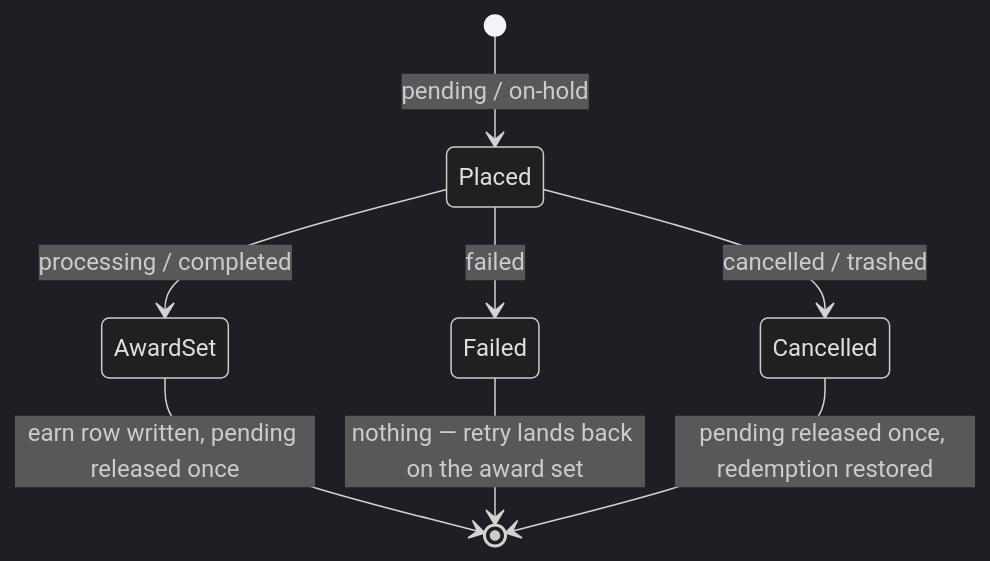
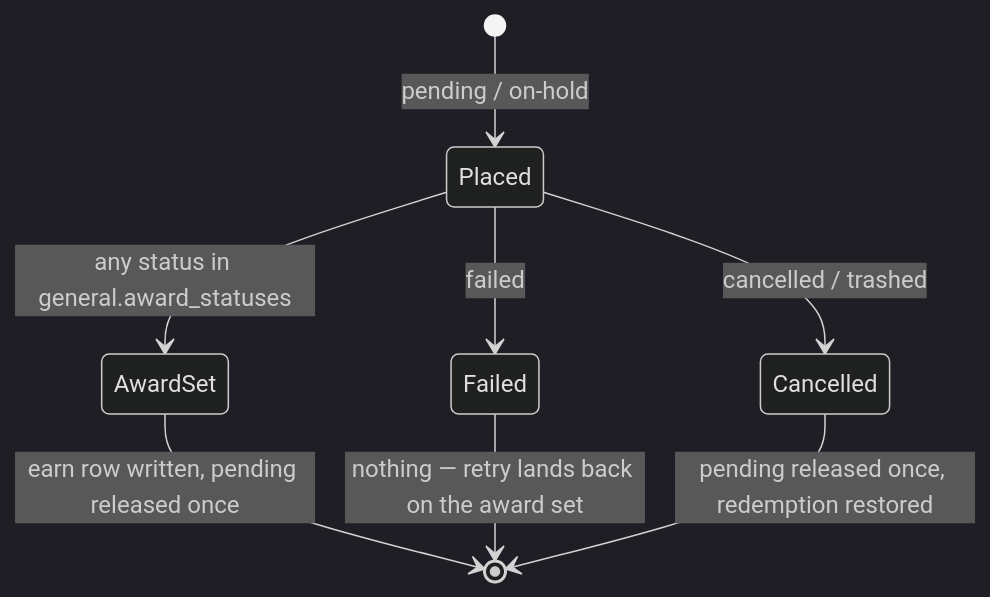
The second of 2 diagrams in docs/data-model/points-lifecycle.md (YayCommerce/YayLoyalty), drawn with Mermaid (dark theme) before and after one commit. The commit also changed other lines of this file and 1 other file, not shown here.

````diff
--- a/docs/data-model/points-lifecycle.md
+++ b/docs/data-model/points-lifecycle.md
@@ -164,11 +108,11 @@
 ```mermaid
 stateDiagram-v2
     [*] --> Placed: pending / on-hold
-    Placed --> AwardSet: processing / completed
+    Placed --> AwardSet: any status in general.award_statuses
     Placed --> Failed: failed
     Placed --> Cancelled: cancelled / trashed
 
     AwardSet --> [*]: earn row written, pending released once
     Failed --> [*]: nothing — retry lands back on the award set
     Cancelled --> [*]: pending released once, redemption restored
 ```
````
